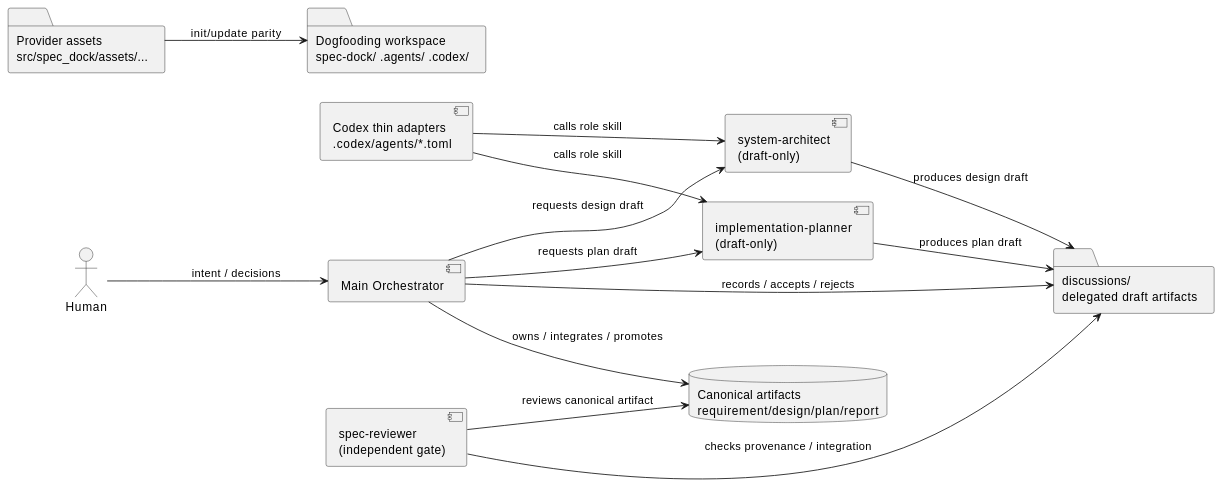
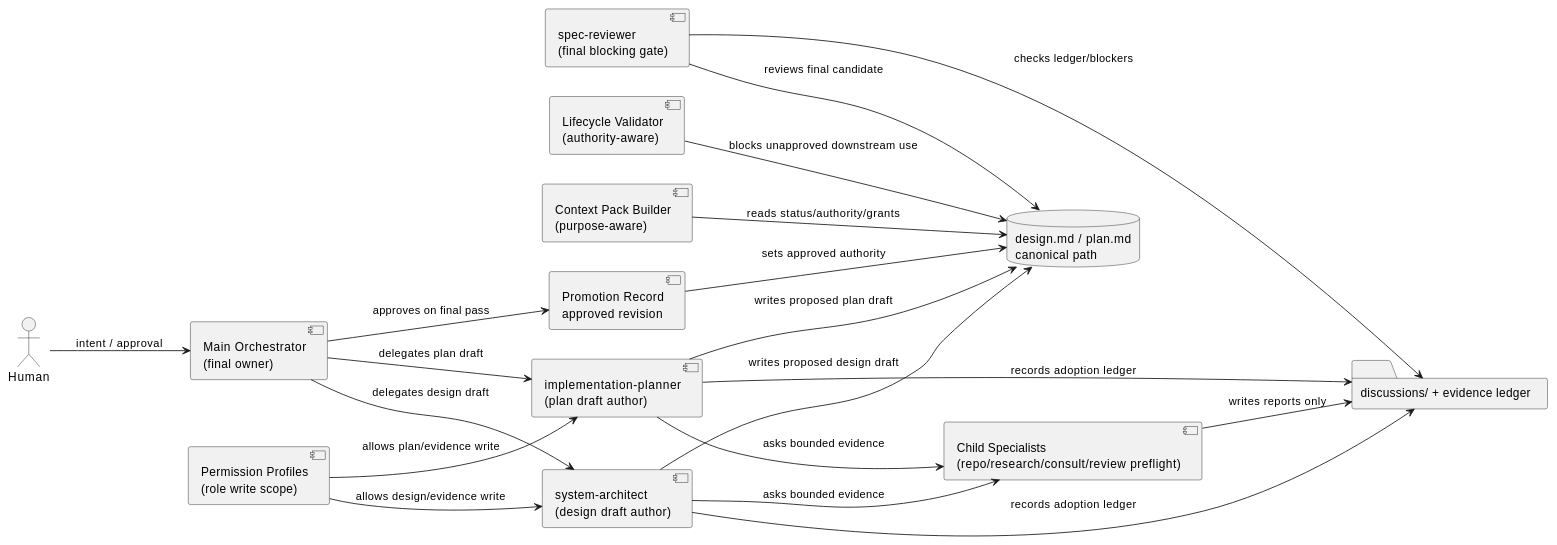
Before and after one commit to chemitaro/spec-dock: the first of 2 diagrams in spec-dock/initiatives/init-local-00003-architecture-maintenance-and-hardening/epics/epic-00112-delegated-authoring-architecture/design.md, drawn with PlantUML. The commit also changed other lines of this file and 40 other files, not shown here.

````diff
--- a/spec-dock/initiatives/init-local-00003-architecture-maintenance-and-hardening/epics/epic-00112-delegated-authoring-architecture/design.md
+++ b/spec-dock/initiatives/init-local-00003-architecture-maintenance-and-hardening/epics/epic-00112-delegated-authoring-architecture/design.md
@@ -62,30 +71,38 @@
 ```plantuml
 @startuml
 skinparam monochrome true
 left to right direction
 
 actor Human
-component "Main Orchestrator" as Main
-component "system-architect\n(draft-only)" as Architect
-component "implementation-planner\n(draft-only)" as Planner
-component "spec-reviewer\n(independent gate)" as Reviewer
-database "Canonical artifacts\nrequirement/design/plan/report" as Canonical
-folder "discussions/\ndelegated draft artifacts" as Drafts
-folder "Provider assets\nsrc/spec_dock/assets/..." as Provider
-folder "Dogfooding workspace\nspec-dock/ .agents/ .codex/" as Dogfood
-component "Codex thin adapters\n.codex/agents/*.toml" as Adapter
+component "Main Orchestrator\n(final owner)" as Main
+component "system-architect\n(design draft author)" as Architect
+component "implementation-planner\n(plan draft author)" as Planner
+component "Child Specialists\n(repo/research/consult/review preflight)" as Child
+component "spec-reviewer\n(final blocking gate)" as Reviewer
+component "Context Pack Builder\n(purpose-aware)" as ContextPack
+component "Lifecycle Validator\n(authority-aware)" as Lifecycle
+database "design.md / plan.md\ncanonical path" as Canonical
+folder "discussions/ + evidence ledger" as Evidence
+component "Permission Profiles\n(role write scope)" as Perms
+component "Promotion Record\napproved revision" as Promotion
 
-Human --> Main : "intent / decisions"
-Main --> Canonical : "owns / integrates / promotes"
-Main --> Architect : "requests design draft"
-Main --> Planner : "requests plan draft"
-Architect --> Drafts : "produces design draft"
-Planner --> Drafts : "produces plan draft"
-Main --> Drafts : "records / accepts / rejects"
-Reviewer --> Canonical : "reviews canonical artifact"
-Reviewer --> Drafts : "checks provenance / integration"
-Provider --> Dogfood : "init/update parity"
-Adapter --> Architect : "calls role skill"
-Adapter --> Planner : "calls role skill"
+Human --> Main : "intent / approval"
+Main --> Architect : "delegates design draft"
+Main --> Planner : "delegates plan draft"
+Architect --> Child : "asks bounded evidence"
+Planner --> Child : "asks bounded evidence"
+Child --> Evidence : "writes reports only"
+Architect --> Canonical : "writes proposed design draft"
+Planner --> Canonical : "writes proposed plan draft"
+Architect --> Evidence : "records adoption ledger"
+Planner --> Evidence : "records adoption ledger"
+Perms --> Architect : "allows design/evidence write"
+Perms --> Planner : "allows plan/evidence write"
+ContextPack --> Canonical : "reads status/authority/grants"
+Lifecycle --> Canonical : "blocks unapproved downstream use"
+Reviewer --> Canonical : "reviews final candidate"
+Reviewer --> Evidence : "checks ledger/blockers"
+Main --> Promotion : "approves on final pass"
+Promotion --> Canonical : "sets approved authority"
 @enduml
 ```
````
